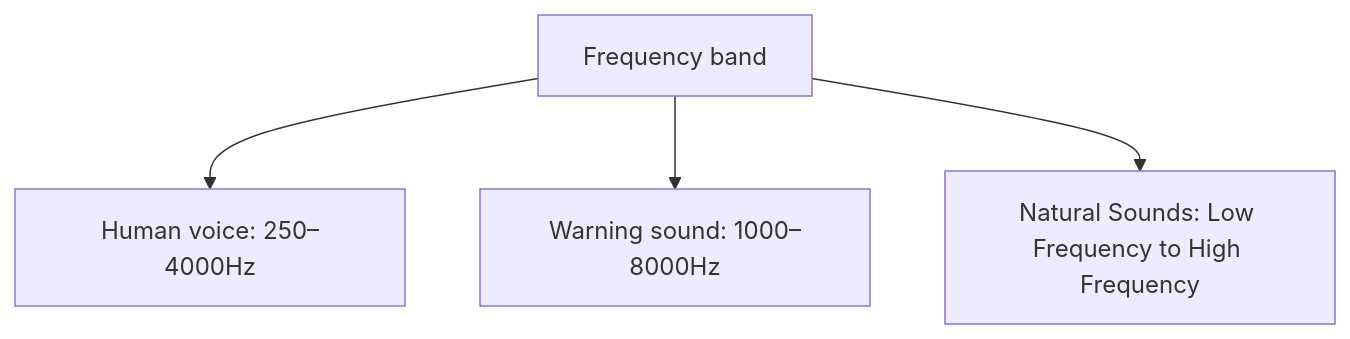
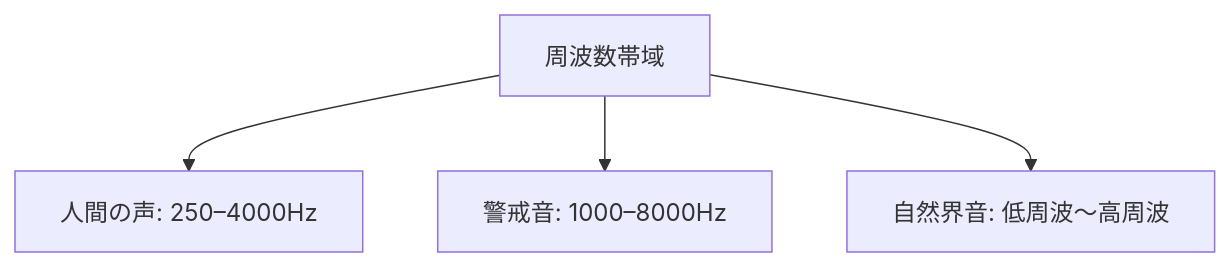
One commit to monumental-movement/monumental-movement.github.io changed the first of 4 diagrams in en/_posts/2025-10-26-column-bear-sound.md. Above: the diagram before and after it, drawn with Mermaid. The commit also changed other lines of this file and 2196 other files, not shown here.

```diff
--- a/en/_posts/2025-10-26-column-bear-sound.md
+++ b/en/_posts/2025-10-26-column-bear-sound.md
@@ -58,9 +58,9 @@
 <div class="mermaid">
 
 graph TD
-A["Frequency band"] --> B["Human voice: 250–4000Hz"]
-A --> C["Warning sound: 1000–8000Hz"]
-A --> D["Natural Sounds: Low Frequency to High Frequency"]
+A["周波数帯域"] --> B["人間の声: 250–4000Hz"]
+A --> C["警戒音: 1000–8000Hz"]
+A --> D["自然界音: 低周波〜高周波"]
 
 
 </div>
```
